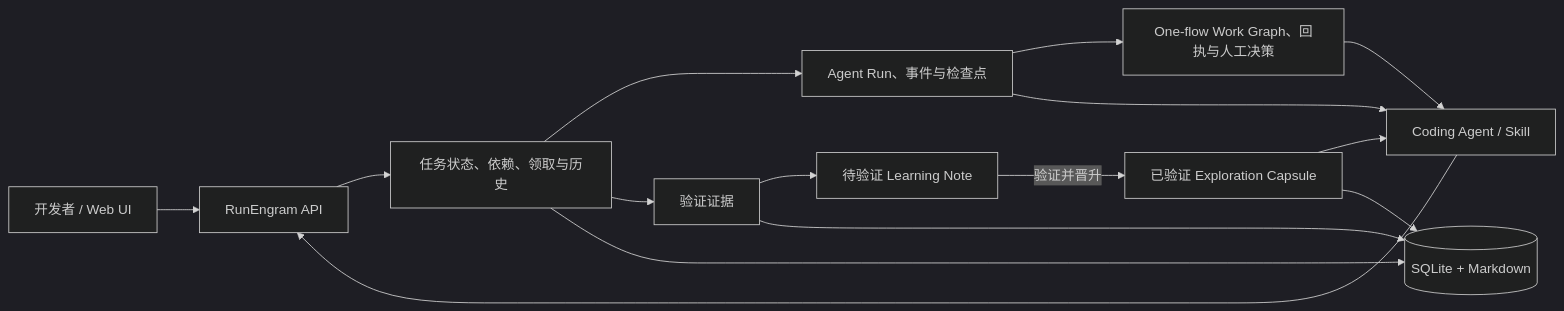
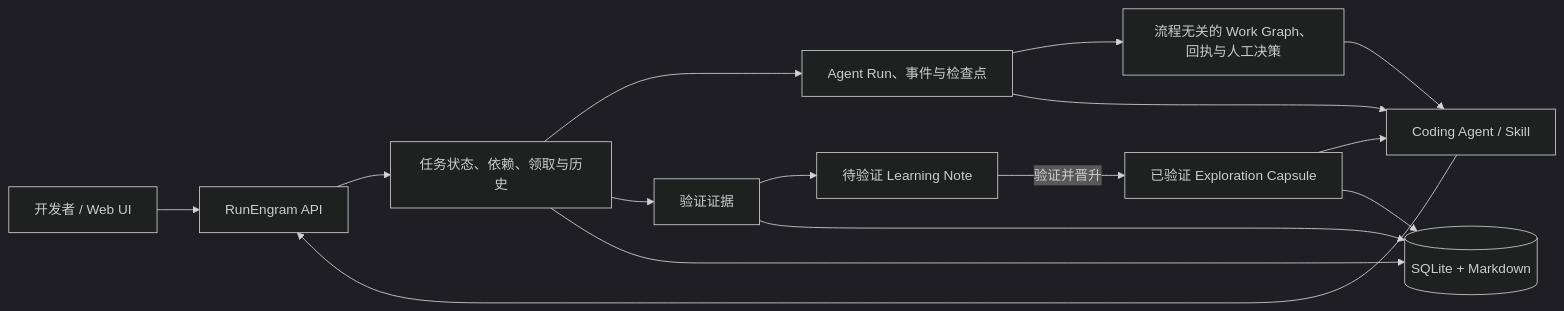
The third of 3 diagrams in README.zh-CN.md (MoonTseng/RunEngram), drawn with Mermaid (dark theme) before and after one commit. The commit also changed other lines of this file and 40 other files, not shown here.

Commit message:
feat: make work graphs workflow-neutral

````diff
--- a/README.zh-CN.md
+++ b/README.zh-CN.md
@@ -354,28 +363,28 @@
 ```mermaid
 flowchart LR
     Human["开发者 / Web UI"]
     Agent["Coding Agent / Skill"]
     API["RunEngram API"]
     Task["任务状态、依赖、领取与历史"]
     Run["Agent Run、事件与检查点"]
-    Graph["One-flow Work Graph、回执与人工决策"]
+    Graph["流程无关的 Work Graph、回执与人工决策"]
     Evidence["验证证据"]
     Candidate["待验证 Learning Note"]
     Learning["已验证 Exploration Capsule"]
     Store[("SQLite + Markdown")]
 
     Human --> API
     Agent --> API
     API --> Task
     Task --> Run
     Run --> Graph
     Graph --> Agent
     Run --> Agent
     Task --> Evidence
     Evidence --> Candidate
     Candidate -->|"验证并晋升"| Learning
     Learning --> Agent
     Task --> Store
     Evidence --> Store
     Learning --> Store
 ```
````
